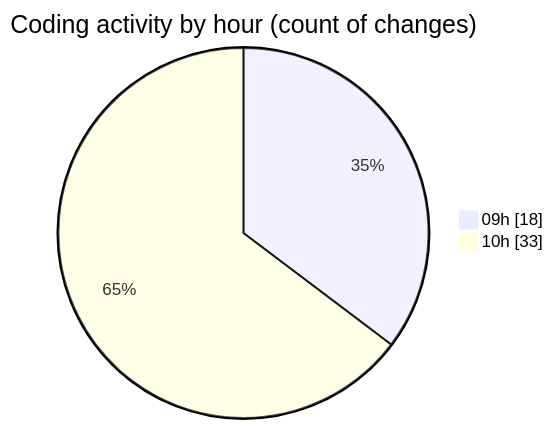
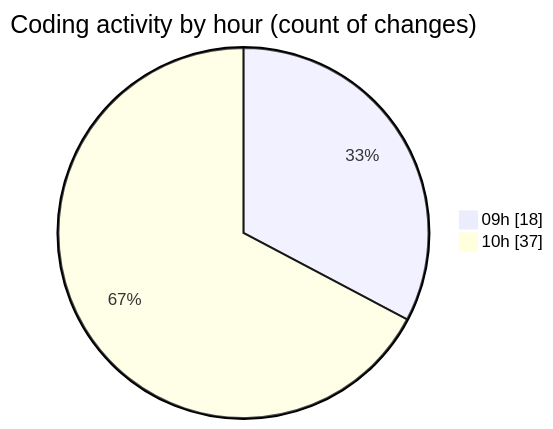
One commit to momahboobian/code-tracking changed the second of 2 diagrams in 2025-02-11/cda/README.md. Above: the diagram before and after it, drawn with Mermaid. The commit also changed other lines of this file and 1 other file, not shown here.

````diff
--- a/2025-02-11/cda/README.md
+++ b/2025-02-11/cda/README.md
@@ -30,6 +30,6 @@
 ```mermaid
 pie showData
 title Coding activity by hour (count of changes)
 "09h" : 18
-"10h" : 33
+"10h" : 37
 ```
````
